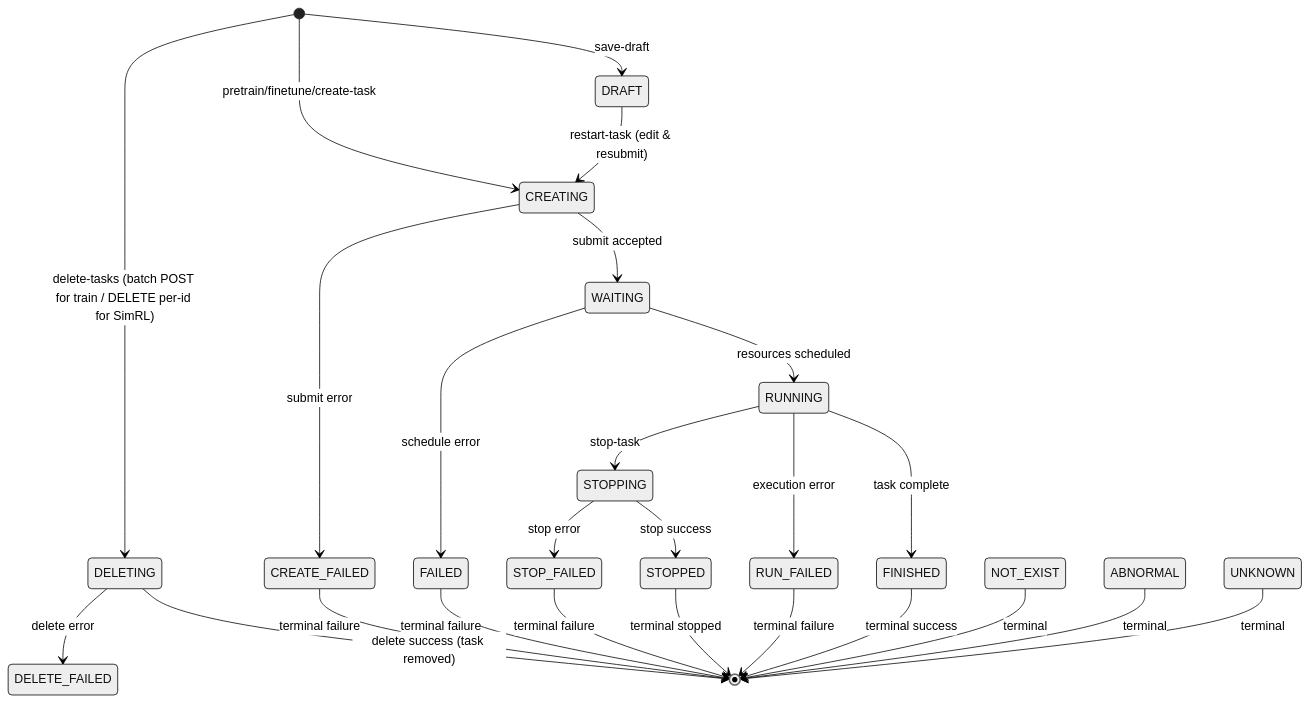
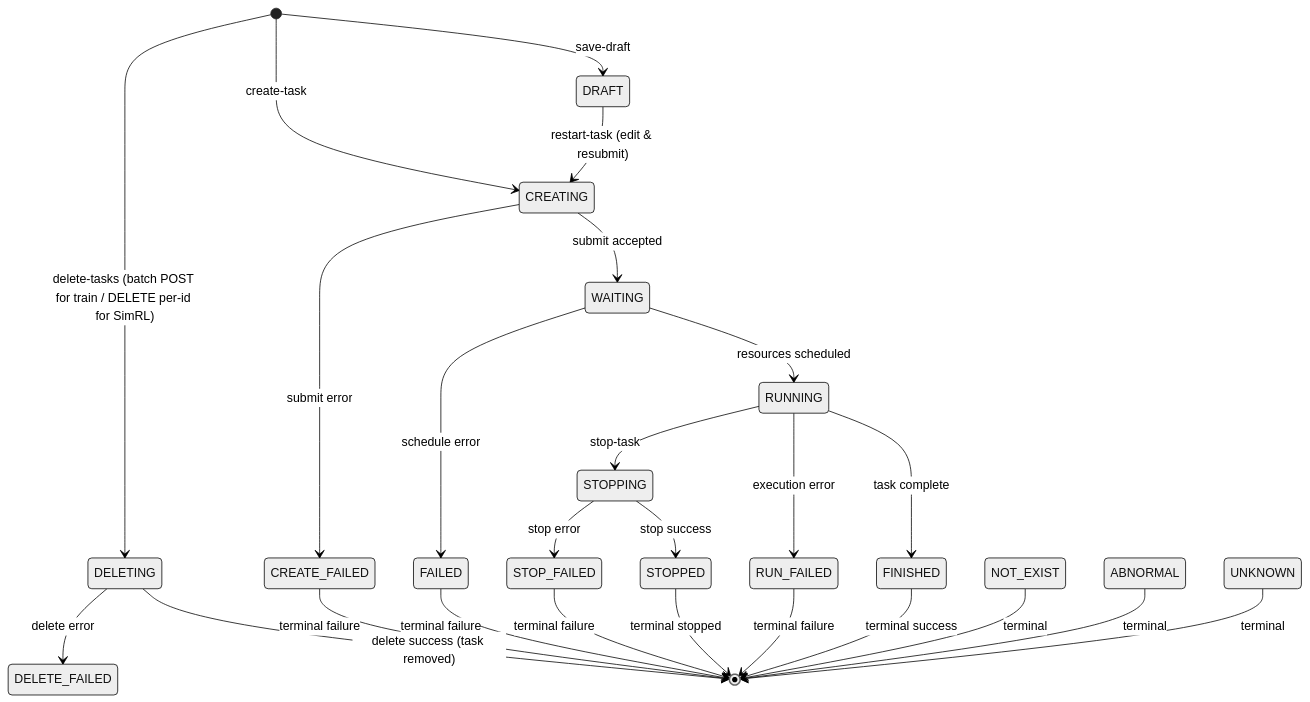
One commit to huaweicloud/huaweicloud-skills changed the third of 10 diagrams in skills/ai/cloudrobo/huawei-cloud-cloudrobo-train/references/dataflow-diagram.md. Above: the diagram before and after it, drawn with Mermaid (neutral theme). The commit also changed other lines of this file and 9 other files, not shown here.

````diff
--- a/skills/ai/cloudrobo/huawei-cloud-cloudrobo-train/references/dataflow-diagram.md
+++ b/skills/ai/cloudrobo/huawei-cloud-cloudrobo-train/references/dataflow-diagram.md
@@ -34,27 +34,27 @@
 ```mermaid
 stateDiagram-v2
     [*] --> DRAFT: save-draft
-    [*] --> CREATING: pretrain/finetune/create-task
+    [*] --> CREATING: create-task
     DRAFT --> CREATING: restart-task (edit & resubmit)
     CREATING --> WAITING: submit accepted
     CREATING --> CREATE_FAILED: submit error
     WAITING --> RUNNING: resources scheduled
     WAITING --> FAILED: schedule error
     RUNNING --> FINISHED: task complete
     RUNNING --> RUN_FAILED: execution error
     RUNNING --> STOPPING: stop-task
     STOPPING --> STOPPED: stop success
     STOPPING --> STOP_FAILED: stop error
     FINISHED --> [*]: terminal success
     CREATE_FAILED --> [*]: terminal failure
     RUN_FAILED --> [*]: terminal failure
     STOPPED --> [*]: terminal stopped
     STOP_FAILED --> [*]: terminal failure
     FAILED --> [*]: terminal failure
     [*] --> DELETING: delete-tasks (batch POST for train / DELETE per-id for SimRL)
     DELETING --> [*]: delete success (task removed)
     DELETING --> DELETE_FAILED: delete error
     NOT_EXIST --> [*]: terminal
     ABNORMAL --> [*]: terminal
     UNKNOWN --> [*]: terminal
 ```
````
